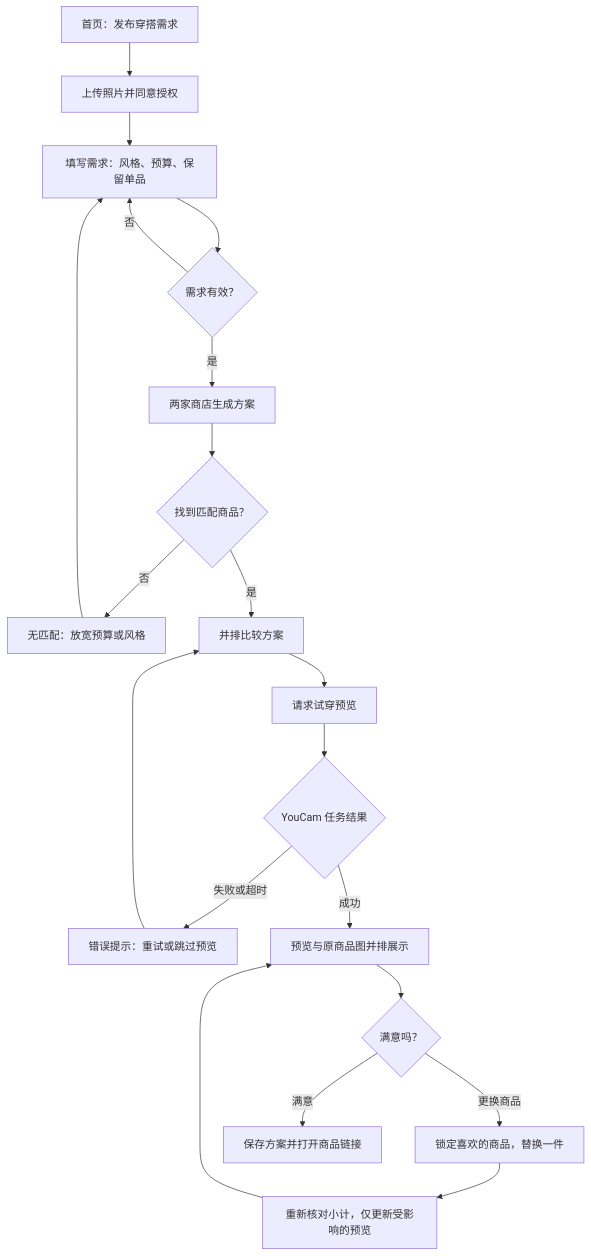
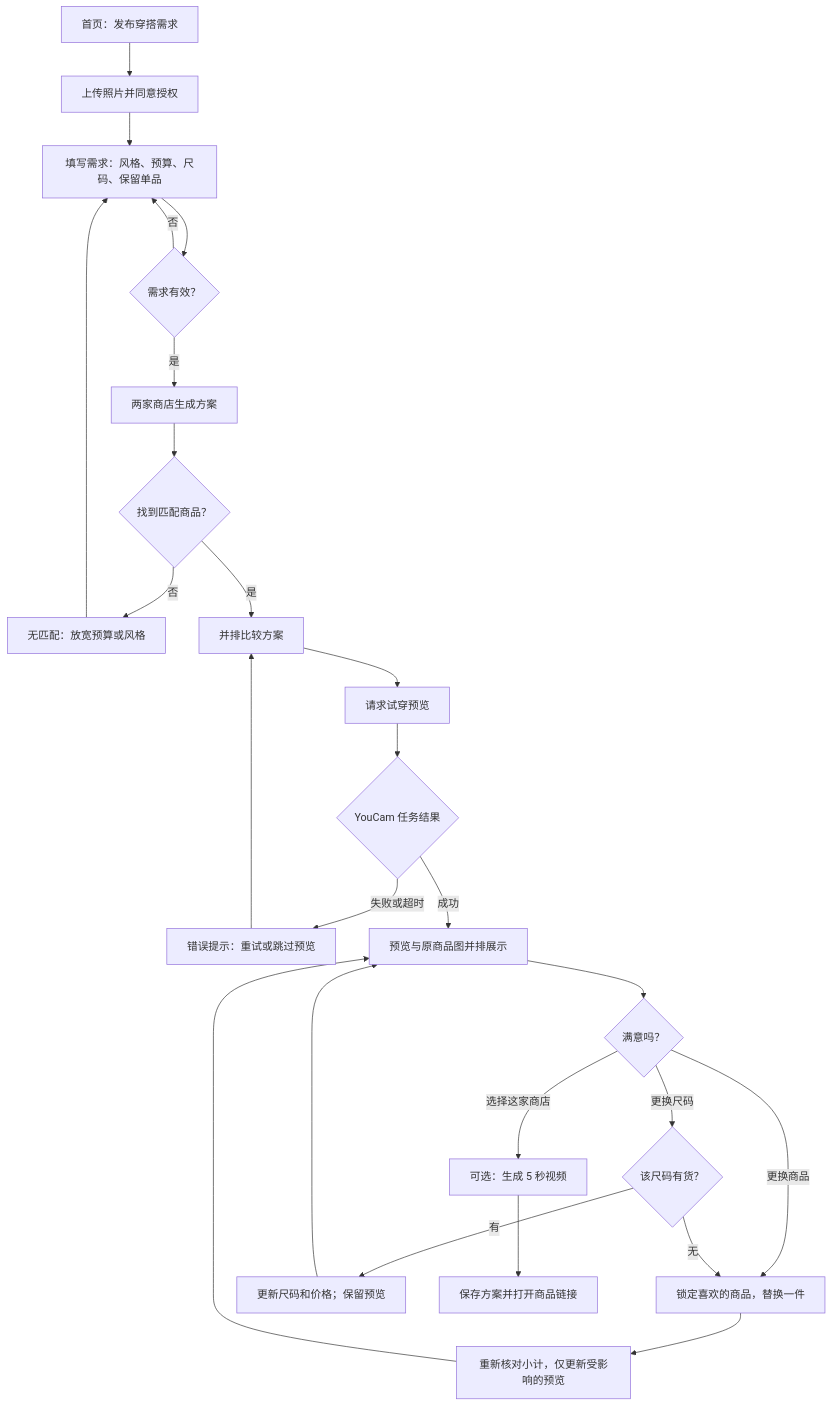
One commit to Shawn-Bi/youcam-2 changed the second of 2 diagrams in docs/look-exchange-user-flow.md. Above: the diagram before and after it, drawn with Mermaid. The commit also changed other lines of this file and 5 other files, not shown here.

````diff
--- a/docs/look-exchange-user-flow.md
+++ b/docs/look-exchange-user-flow.md
@@ -103,22 +120,27 @@
 ```mermaid
 flowchart TD
     A[首页：发布穿搭需求] --> B[上传照片并同意授权]
-    B --> C[填写需求：风格、预算、保留单品]
+    B --> C[填写需求：风格、预算、尺码、保留单品]
     C --> D{需求有效？}
     D -- 否 --> C
     D -- 是 --> E[两家商店生成方案]
     E --> F{找到匹配商品？}
     F -- 否 --> G[无匹配：放宽预算或风格]
     G --> C
     F -- 是 --> H[并排比较方案]
     H --> I[请求试穿预览]
     I --> J{YouCam 任务结果}
     J -- 失败或超时 --> K[错误提示：重试或跳过预览]
     K --> H
     J -- 成功 --> L[预览与原商品图并排展示]
     L --> M{满意吗？}
     M -- 更换商品 --> N[锁定喜欢的商品，替换一件]
     N --> O[重新核对小计，仅更新受影响的预览]
     O --> L
-    M -- 满意 --> P[保存方案并打开商品链接]
+    M -- 更换尺码 --> S{该尺码有货？}
+    S -- 有 --> T[更新尺码和价格；保留预览]
+    T --> L
+    S -- 无 --> N
+    M -- 选择这家商店 --> V[可选：生成 5 秒视频]
+    V --> P[保存方案并打开商品链接]
 ```
````
